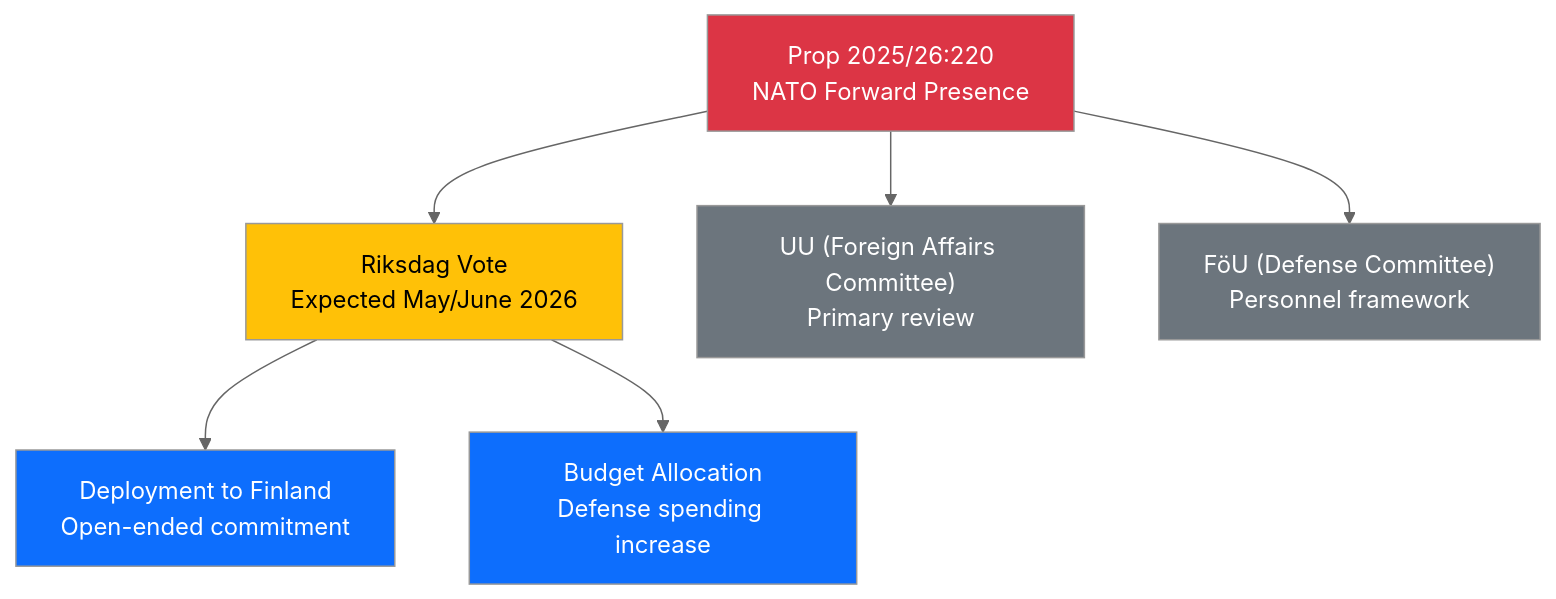
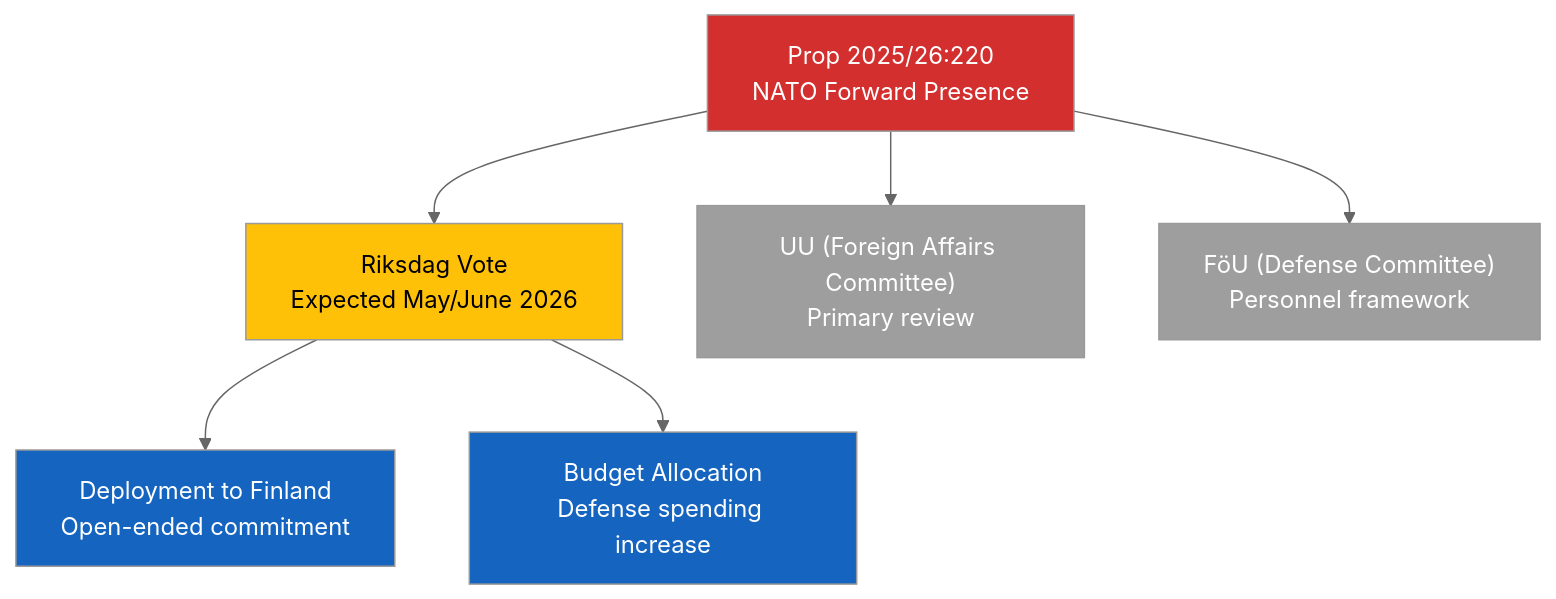
Before and after one commit to Hack23/riksdagsmonitor: the diagram in analysis/daily/2026-04-09/evening-analysis/documents/hd03220-analysis.md, drawn with Mermaid (neutral theme). The commit also changed 785 other files, not shown here.

First line of the commit message:
Normalize mermaid colors across 786 analysis artifacts to ISMS Style Guide palette

````diff
--- a/analysis/daily/2026-04-09/evening-analysis/documents/hd03220-analysis.md
+++ b/analysis/daily/2026-04-09/evening-analysis/documents/hd03220-analysis.md
@@ -20,14 +20,14 @@
 ```mermaid
 graph TD
     A["Prop 2025/26:220<br/>NATO Forward Presence"] --> B["Riksdag Vote<br/>Expected May/June 2026"]
     B --> C["Deployment to Finland<br/>Open-ended commitment"]
     B --> D["Budget Allocation<br/>Defense spending increase"]
     A --> E["UU (Foreign Affairs Committee)<br/>Primary review"]
     A --> F["FöU (Defense Committee)<br/>Personnel framework"]
-    style A fill:#dc3545,color:#fff
-    style B fill:#ffc107,color:#000
-    style C fill:#0d6efd,color:#fff
-    style D fill:#0d6efd,color:#fff
-    style E fill:#6c757d,color:#fff
-    style F fill:#6c757d,color:#fff
+    style A fill:#D32F2F,color:#FFFFFF
+    style B fill:#FFC107,color:#000000
+    style C fill:#1565C0,color:#FFFFFF
+    style D fill:#1565C0,color:#FFFFFF
+    style E fill:#9E9E9E,color:#FFFFFF
+    style F fill:#9E9E9E,color:#FFFFFF
 ```
````
